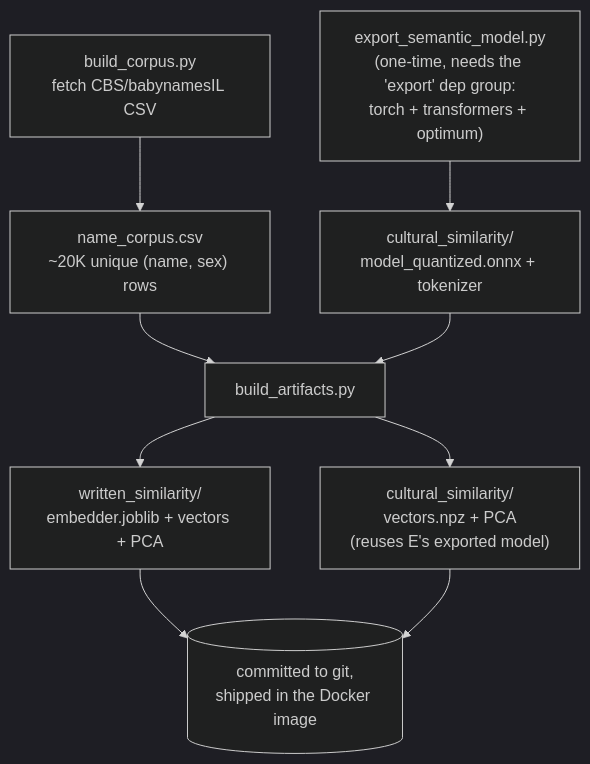
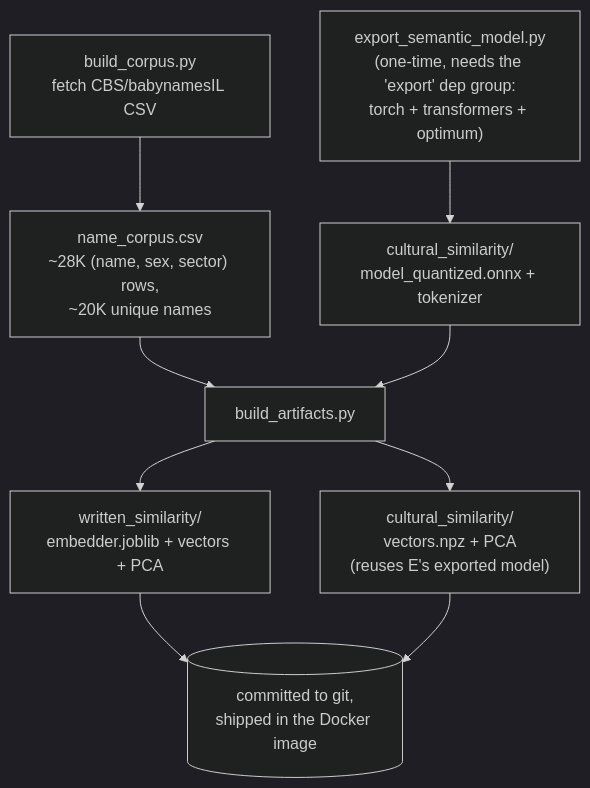
One commit to oregev11/name-me changed the second of 3 diagrams in README.md. Above: the diagram before and after it, drawn with Mermaid (dark theme). The commit also changed other lines of this file and 19 other files, not shown here.

````diff
--- a/README.md
+++ b/README.md
@@ -66,11 +66,11 @@
 ```mermaid
 flowchart TD
-    A["build_corpus.py<br/>fetch CBS/babynamesIL CSV"] --> B["name_corpus.csv<br/>~20K unique (name, sex) rows"]
+    A["build_corpus.py<br/>fetch CBS/babynamesIL CSV"] --> B["name_corpus.csv<br/>~28K (name, sex, sector) rows,<br/>~20K unique names"]
     B --> C["build_artifacts.py"]
     D["export_semantic_model.py<br/>(one-time, needs the 'export' dep group:<br/>torch + transformers + optimum)"] --> E["cultural_similarity/<br/>model_quantized.onnx + tokenizer"]
     E --> C
     C --> F["written_similarity/<br/>embedder.joblib + vectors + PCA"]
     C --> G["cultural_similarity/<br/>vectors.npz + PCA<br/>(reuses E's exported model)"]
     F --> H[("committed to git,<br/>shipped in the Docker image")]
     G --> H
 ```
````
